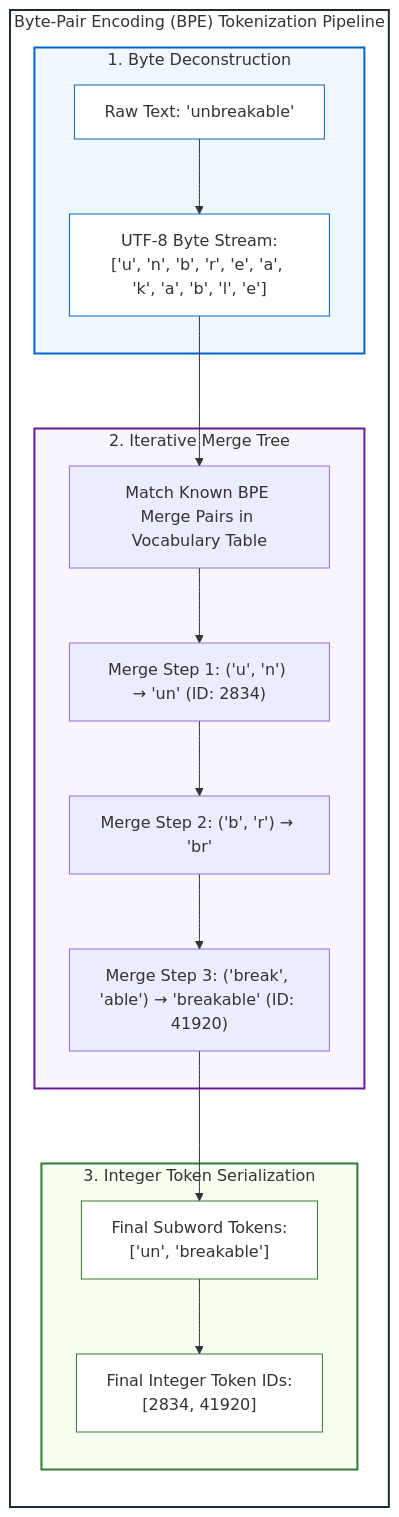
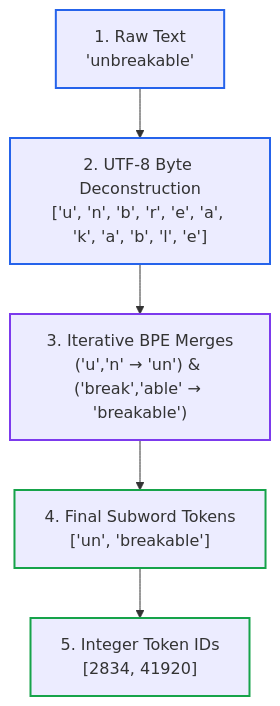
Before and after one commit to dip4k/senior-engineer-to-ai-engineer-roadmap: the first of 2 diagrams in 00-foundations-and-token-mechanics/02-tokenization-and-bpe-mechanics.md, drawn with Mermaid. The commit also changed other lines of this file and 15 other files, not shown here.

First line of the commit message:
feat(curriculum): theme-adaptive diagrams, low-node modular flows, and Phase 00 beginner-style refactor

````diff
--- a/00-foundations-and-token-mechanics/02-tokenization-and-bpe-mechanics.md
+++ b/00-foundations-and-token-mechanics/02-tokenization-and-bpe-mechanics.md
@@ -90,42 +90,13 @@
 ```mermaid
 flowchart TD
-    subgraph BPE["Byte-Pair Encoding (BPE) Tokenization Pipeline"]
-        direction TB
+    Raw["1. Raw Text<br>'unbreakable'"] --> Bytes["2. UTF-8 Byte Deconstruction<br>['u', 'n', 'b', 'r', 'e', 'a', 'k', 'a', 'b', 'l', 'e']"]
+    Bytes --> Merges["3. Iterative BPE Merges<br>('u','n' → 'un') & ('break','able' → 'breakable')"]
+    Merges --> Subwords["4. Final Subword Tokens<br>['un', 'breakable']"]
+    Subwords --> IDs["5. Integer Token IDs<br>[2834, 41920]"]
 
-        subgraph INGEST["1. Byte Deconstruction"]
-            Raw["Raw Text: 'unbreakable'"]
-            Bytes["UTF-8 Byte Stream:<br>['u', 'n', 'b', 'r', 'e', 'a', 'k', 'a', 'b', 'l', 'e']"]
-            Raw --> Bytes
-        end
-
-        subgraph MERGING["2. Iterative Merge Tree"]
-            Lookup["Match Known BPE Merge Pairs in Vocabulary Table"]
-            Merge1["Merge Step 1: ('u', 'n') → 'un' (ID: 2834)"]
-            Merge2["Merge Step 2: ('b', 'r') → 'br'"]
-            Merge3["Merge Step 3: ('break', 'able') → 'breakable' (ID: 41920)"]
-
-            Bytes --> Lookup
-            Lookup --> Merge1
-            Merge1 --> Merge2
-            Merge2 --> Merge3
-        end
-
-        subgraph SERIAL["3. Integer Token Serialization"]
-            FinalTokens["Final Subword Tokens:<br>['un', 'breakable']"]
-            FinalIDs["Final Integer Token IDs:<br>[2834, 41920]"]
-
-            Merge3 --> FinalTokens
-            FinalTokens --> FinalIDs
-        end
-    end
-
-    style BPE fill:#ffffff,stroke:#1e293b,stroke-width:2px
-    style INGEST fill:#f0f7ff,stroke:#0066cc,stroke-width:2px
-    style MERGING fill:#f8f5ff,stroke:#6a1b9a,stroke-width:2px
-    style SERIAL fill:#f6fff0,stroke:#2e7d32,stroke-width:2px
-
-    style Raw fill:#ffffff,stroke:#0066cc,stroke-width:1px
-    style Bytes fill:#ffffff,stroke:#0066cc,stroke-width:1px
-    style FinalTokens fill:#ffffff,stroke:#2e7d32,stroke-width:1px
-    style FinalIDs fill:#ffffff,stroke:#2e7d32,stroke-width:1px
+    style Raw stroke:#2563eb,stroke-width:2px
+    style Bytes stroke:#2563eb,stroke-width:2px
+    style Merges stroke:#7c3aed,stroke-width:2px
+    style Subwords stroke:#16a34a,stroke-width:2px
+    style IDs stroke:#16a34a,stroke-width:2px
 ```
````
